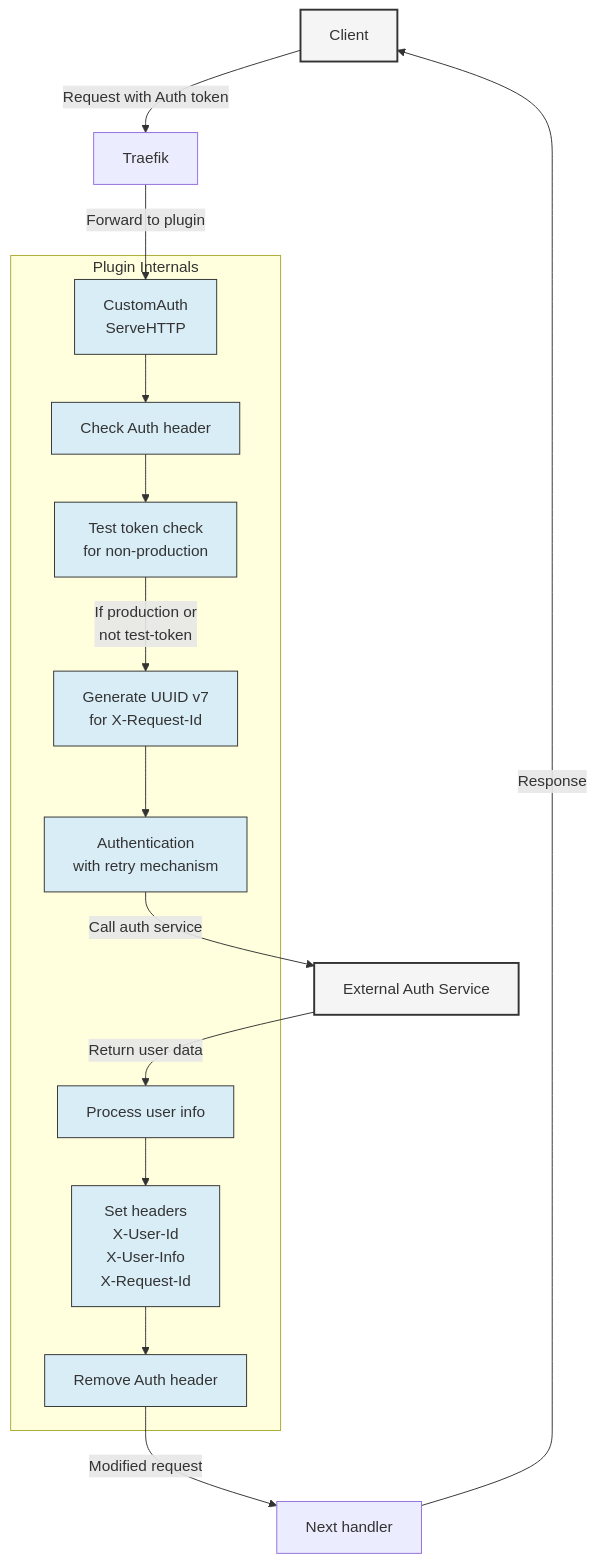
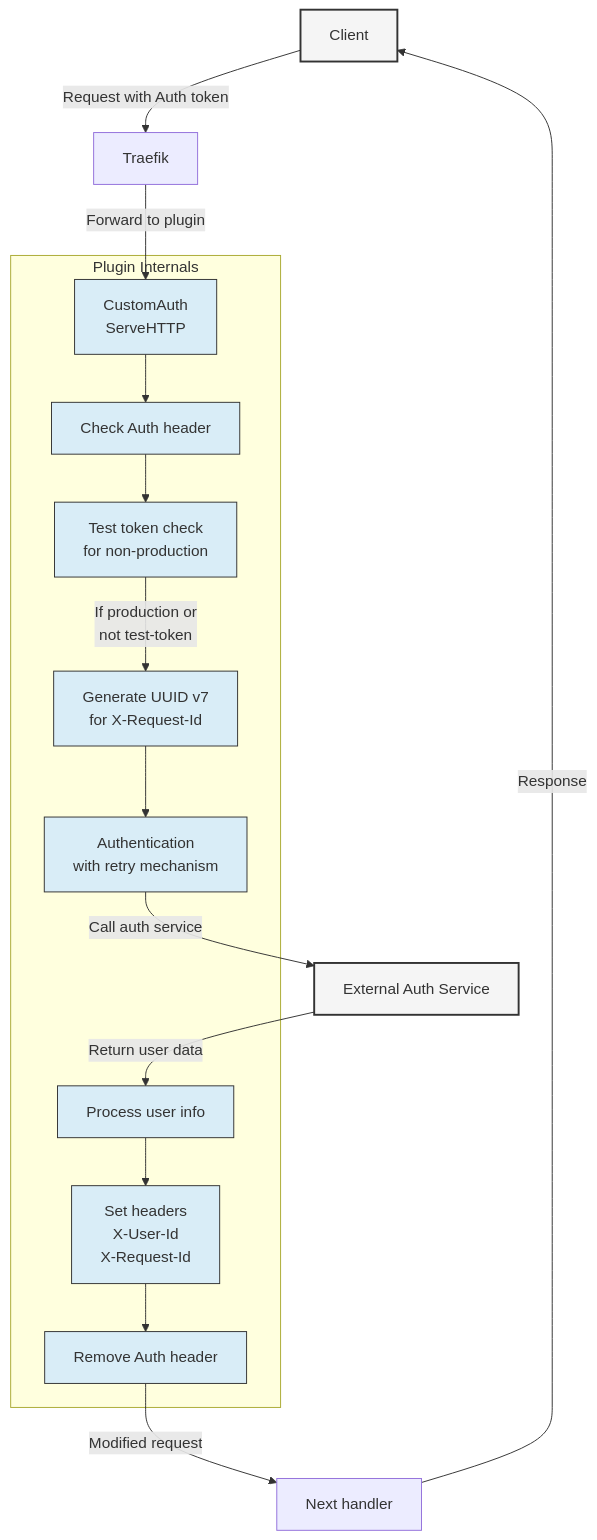
Before and after one commit to lifter-ai/auth-token-exchange-plugin: the diagram in doc/mermaid-component-diagram.mermaid, drawn with Mermaid. The commit also changed 7 other files, not shown here.

Commit message:
removing x-user-info

```diff
--- a/doc/mermaid-component-diagram.mermaid
+++ b/doc/mermaid-component-diagram.mermaid
@@ -1,31 +1,31 @@
 graph TD
     A[Client] -->|Request with Auth token| B[Traefik]
     
     subgraph Plugin Internals
         C[CustomAuth<br/>ServeHTTP]
         D[Check Auth header]
         E[Test token check<br/>for non-production]
         F[Generate UUID v7<br/>for X-Request-Id]
         G[Authentication<br/>with retry mechanism]
         H[Process user info]
-        I[Set headers<br/>X-User-Id<br/>X-User-Info<br/>X-Request-Id]
+        I[Set headers<br/>X-User-Id<br/>X-Request-Id]
         J[Remove Auth header]
     end
     
     B -->|Forward to plugin| C
     C --> D
     D --> E
     E -->|If production or<br/>not test-token| F
     F --> G
     G -->|Call auth service| K[External Auth Service]
     K -->|Return user data| H
     H --> I
     I --> J
     J -->|Modified request| L[Next handler]
     L -->|Response| A
     
     classDef plugin fill:#d9edf7,stroke:#333,stroke-width:1px;
     classDef external fill:#f5f5f5,stroke:#333,stroke-width:2px;
     
     class A,K external;
     class C,D,E,F,G,H,I,J plugin;
```
